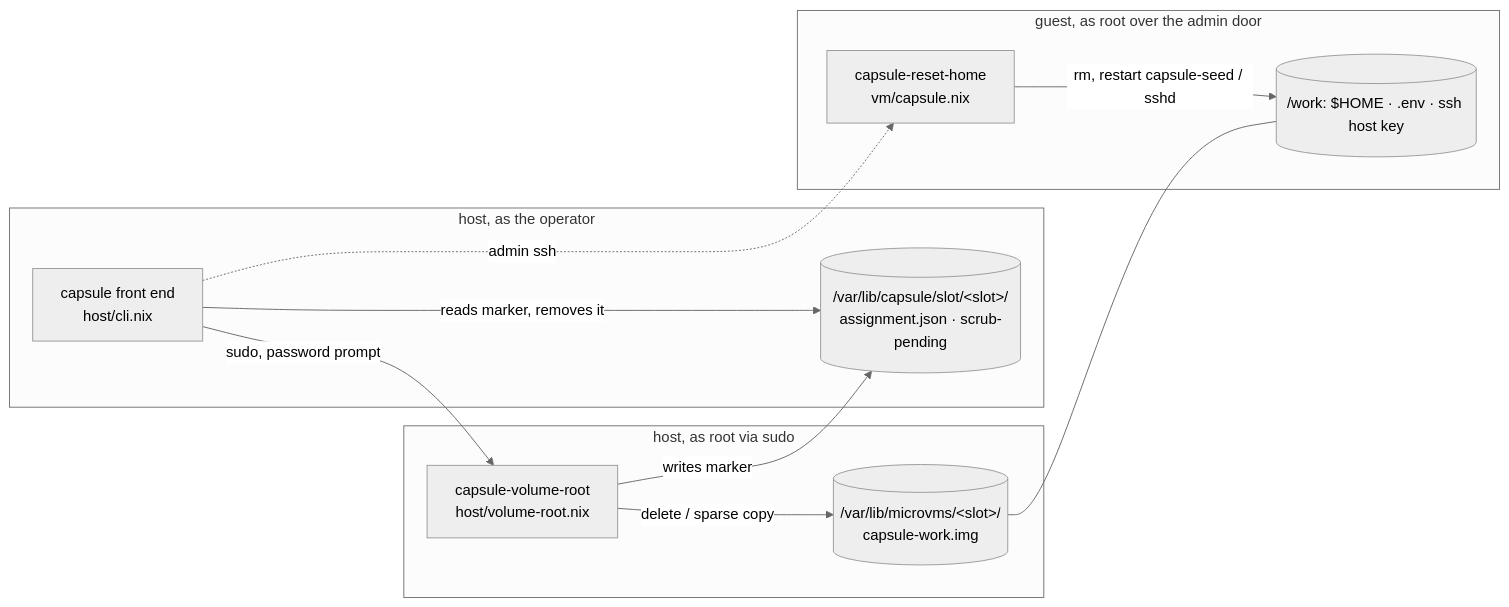
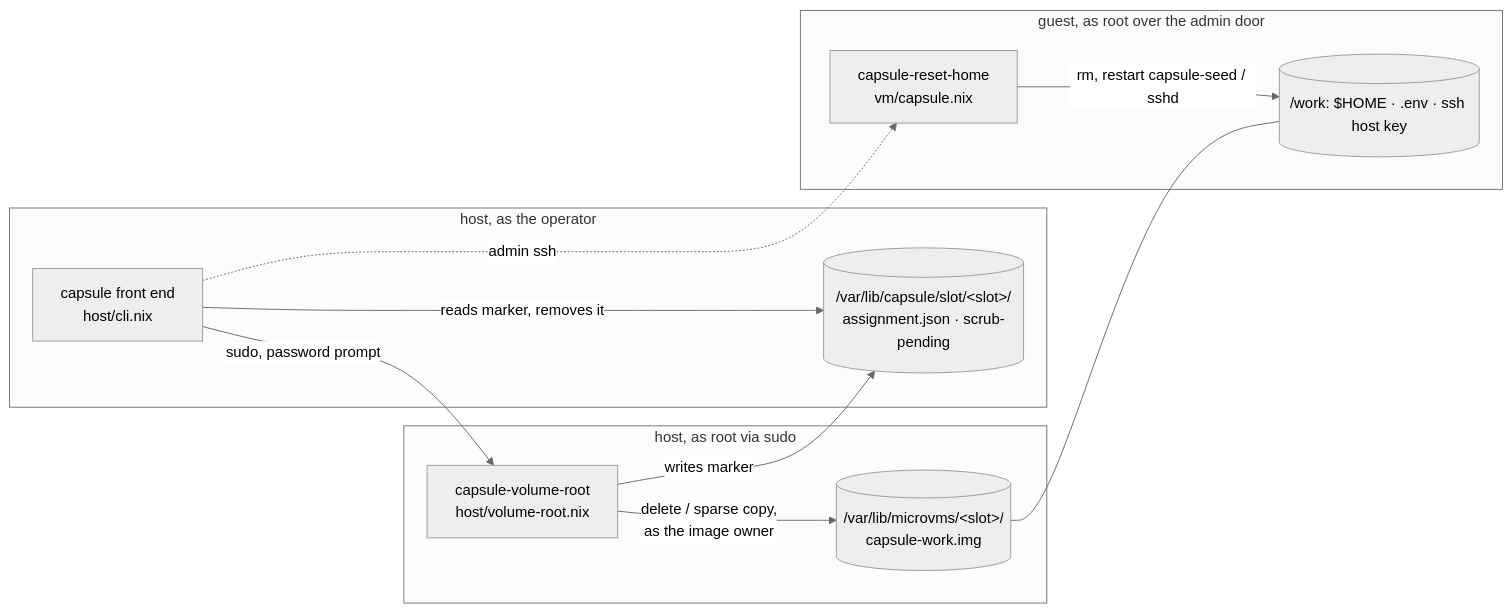
The first of 3 diagrams in .doctrine/slice/002/design.md (davidlee/oubliette), drawn with Mermaid (neutral theme) before and after one commit. The commit also changed other lines of this file and 4 other files, not shown here.

````diff
--- a/.doctrine/slice/002/design.md
+++ b/.doctrine/slice/002/design.md
@@ -29,22 +29,22 @@
 ```mermaid
 flowchart LR
   subgraph host["host, as the operator"]
     FE["capsule front end<br/>host/cli.nix"]
     REC[("/var/lib/capsule/slot/&lt;slot&gt;/<br/>assignment.json · scrub-pending")]
   end
   subgraph root["host, as root via sudo"]
     RH["capsule-volume-root<br/>host/volume-root.nix"]
     IMG[("/var/lib/microvms/&lt;slot&gt;/<br/>capsule-work.img")]
   end
   subgraph guest["guest, as root over the admin door"]
     GRH["capsule-reset-home<br/>vm/capsule.nix"]
     VOL[("/work: $HOME · .env · ssh host key")]
   end
   FE -- "sudo, password prompt" --> RH
-  RH -- "delete / sparse copy" --> IMG
+  RH -- "delete / sparse copy,<br/>as the image owner" --> IMG
   RH -- "writes marker" --> REC
   FE -- "reads marker, removes it" --> REC
   FE -. "admin ssh" .-> GRH
   GRH -- "rm, restart capsule-seed / sshd" --> VOL
   IMG --- VOL
 ```
````
